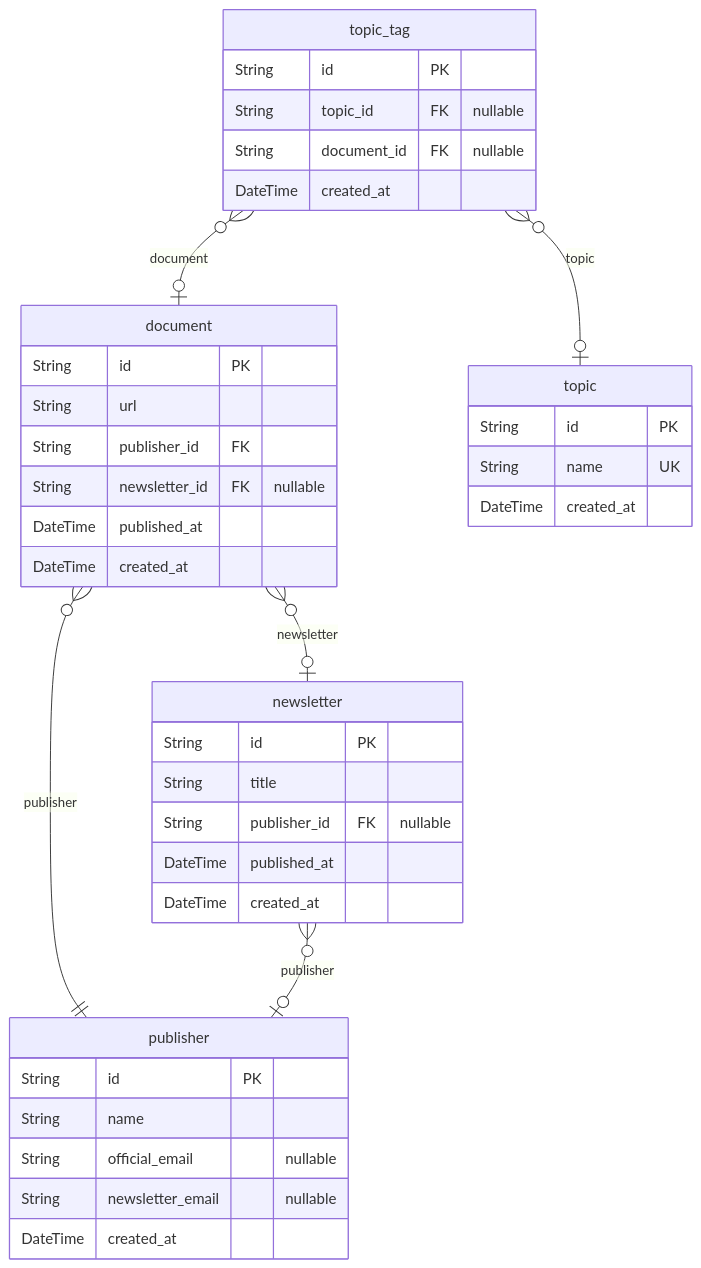
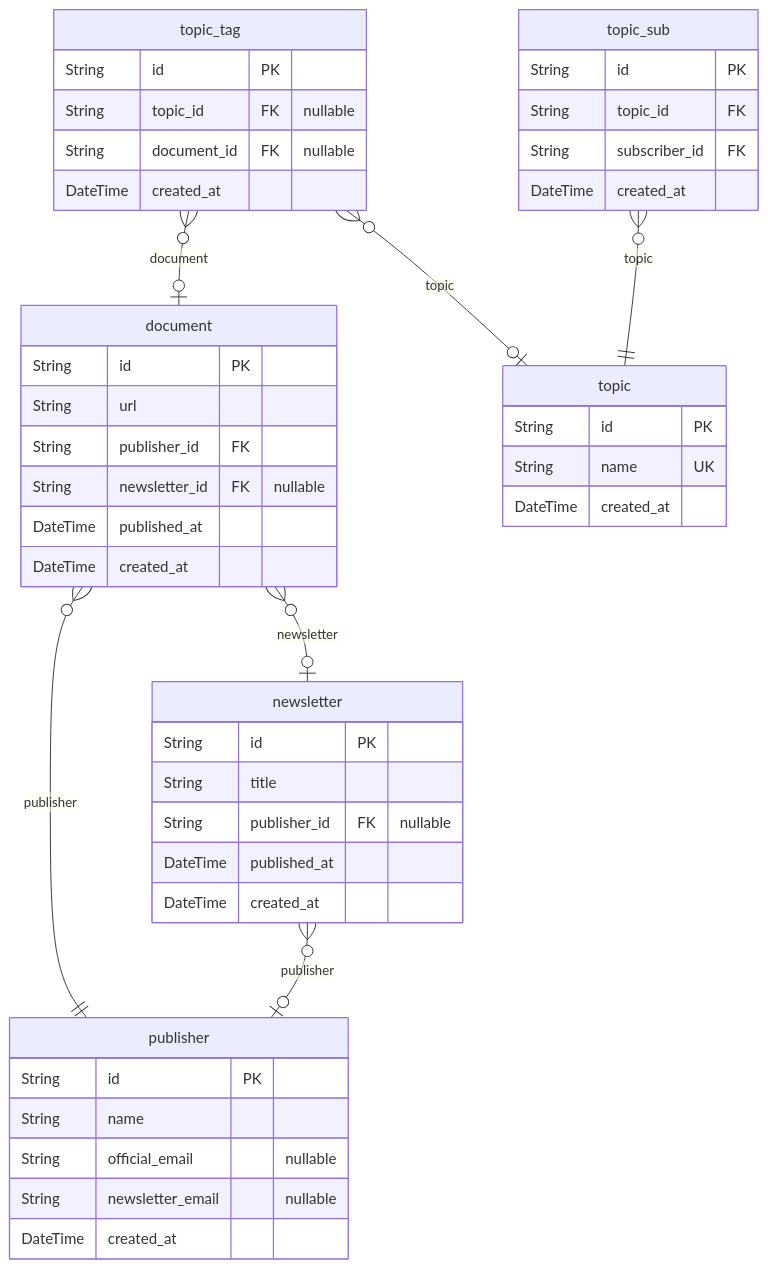
The second of 2 diagrams in docs/ERD.md (Mailly-Project/Mailly-BE), drawn with Mermaid before and after one commit. The commit also changed other lines of this file and 2 other files, not shown here.

Commit message:
feat: topic_sub entity

````diff
--- a/docs/ERD.md
+++ b/docs/ERD.md
@@ -178,41 +178,48 @@
 ```mermaid
 erDiagram
 "document" {
   String id PK
   String url
   String publisher_id FK
   String newsletter_id FK "nullable"
   DateTime published_at
   DateTime created_at
 }
 "publisher" {
   String id PK
   String name
   String official_email "nullable"
   String newsletter_email "nullable"
   DateTime created_at
 }
 "newsletter" {
   String id PK
   String title
   String publisher_id FK "nullable"
   DateTime published_at
   DateTime created_at
 }
 "topic" {
   String id PK
   String name UK
   DateTime created_at
 }
 "topic_tag" {
   String id PK
   String topic_id FK "nullable"
   String document_id FK "nullable"
   DateTime created_at
 }
+"topic_sub" {
+  String id PK
+  String topic_id FK
+  String subscriber_id FK
+  DateTime created_at
+}
 "document" }o--|| "publisher" : publisher
 "document" }o--o| "newsletter" : newsletter
 "newsletter" }o--o| "publisher" : publisher
 "topic_tag" }o--o| "topic" : topic
 "topic_tag" }o--o| "document" : document
+"topic_sub" }o--|| "topic" : topic
 ```
````
